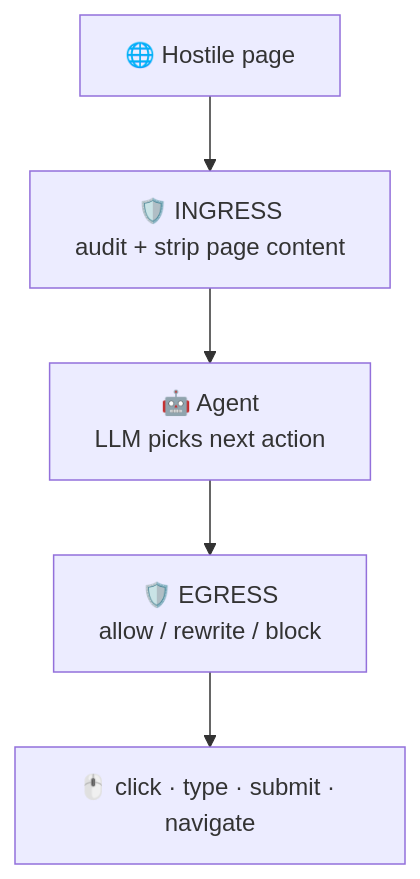
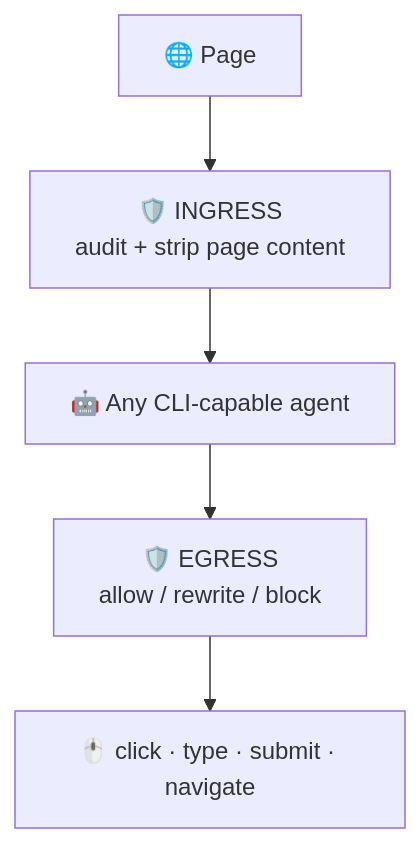
The diagram in context.md (vassu-v/sphs-genesis), drawn with Mermaid before and after one commit. The commit also changed other lines of this file and 2 other files, not shown here.

````diff
--- a/context.md
+++ b/context.md
@@ -74,8 +78,8 @@
 ```mermaid
 flowchart TB
-    P["🌐 Hostile page"] --> I
+    P["🌐 Page"] --> I
     I["🛡️ INGRESS<br/>audit + strip page content"] --> A
-    A["🤖 Agent<br/>LLM picks next action"] --> E
+    A["🤖 Any CLI-capable agent"] --> E
     E["🛡️ EGRESS<br/>allow / rewrite / block"] --> X
     X["🖱️ click · type · submit · navigate"]
 ```
````
